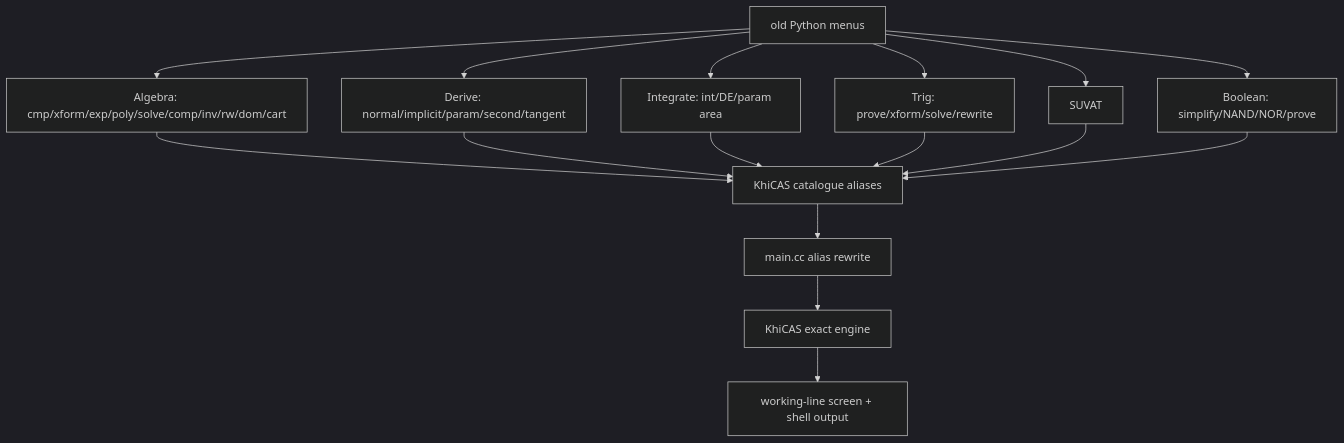
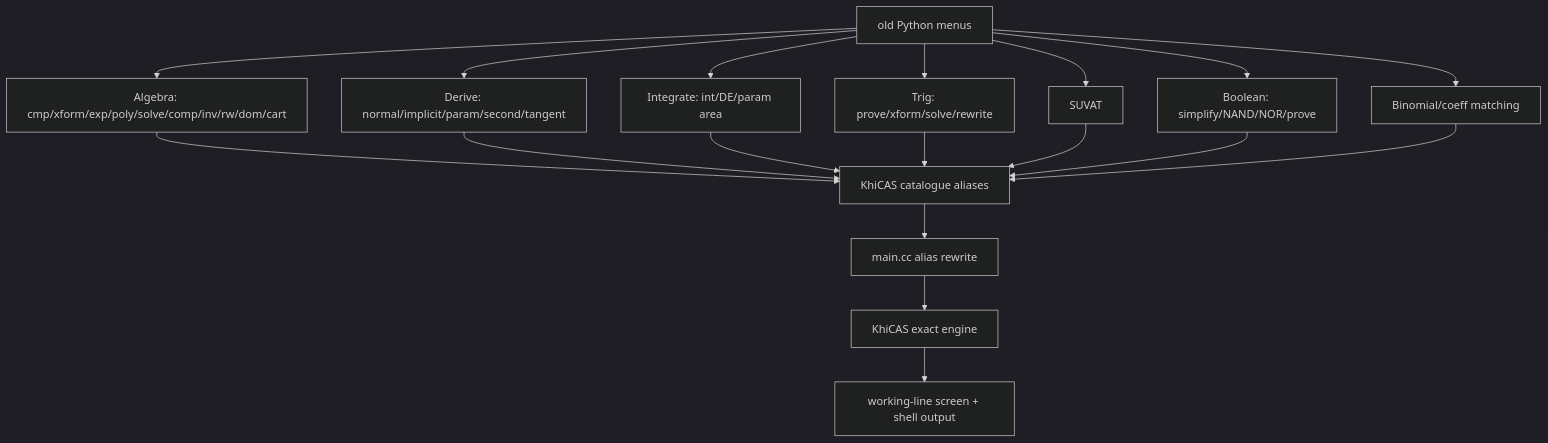
One commit to james8464/notes-addin-casio-fx-cg50 changed the second of 7 diagrams in c++/GRAPH.md. Above: the diagram before and after it, drawn with Mermaid (dark theme). The commit also changed other lines of this file and 6 other files, not shown here.

````diff
--- a/c++/GRAPH.md
+++ b/c++/GRAPH.md
@@ -21,18 +22,20 @@
 ```mermaid
 graph TD
   OldPy["old Python menus"] --> Alg["Algebra: cmp/xform/exp/poly/solve/comp/inv/rw/dom/cart"]
   OldPy --> Der["Derive: normal/implicit/param/second/tangent"]
   OldPy --> Int["Integrate: int/DE/param area"]
   OldPy --> Tri["Trig: prove/xform/solve/rewrite"]
   OldPy --> Suv["SUVAT"]
   OldPy --> Bool["Boolean: simplify/NAND/NOR/prove"]
+  OldPy --> Bin["Binomial/coeff matching"]
   Alg --> Cat["KhiCAS catalogue aliases"]
   Der --> Cat
   Int --> Cat
   Tri --> Cat
   Suv --> Cat
   Bool --> Cat
+  Bin --> Cat
   Cat --> Rew["main.cc alias rewrite"]
   Rew --> Giac["KhiCAS exact engine"]
   Giac --> Work["working-line screen + shell output"]
 ```
````
